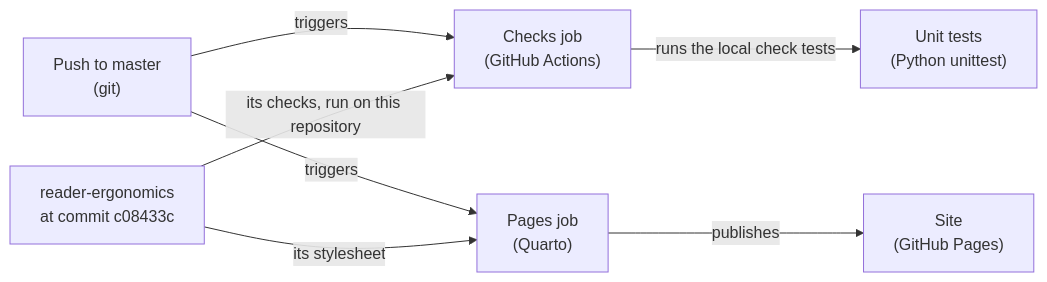
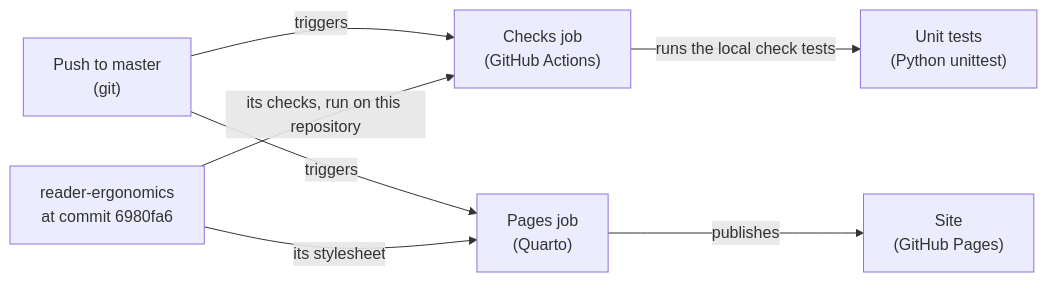
The diagram in shapes/system-diagram.md (Tewf/reader-ergonomics-software-design), drawn with Mermaid before and after one commit. The commit also changed other lines of this file and 27 other files, not shown here.

First line of the commit message:
Move to reader-ergonomics v1.11.0

````diff
--- a/shapes/system-diagram.md
+++ b/shapes/system-diagram.md
@@ -80,9 +80,9 @@
 ```mermaid
 flowchart LR
     push["Push to master<br/>(git)"] -->|"triggers"| checks["Checks job<br/>(GitHub Actions)"]
-    standard["reader-ergonomics<br/>at commit c08433c"] -->|"its checks, run on this repository"| checks
+    standard["reader-ergonomics<br/>at commit 6980fa6"] -->|"its checks, run on this repository"| checks
     checks -->|"runs the local check tests"| tests["Unit tests<br/>(Python unittest)"]
     push -->|"triggers"| pages["Pages job<br/>(Quarto)"]
     standard -->|"its stylesheet"| pages
     pages -->|"publishes"| site["Site<br/>(GitHub Pages)"]
 ```
````
